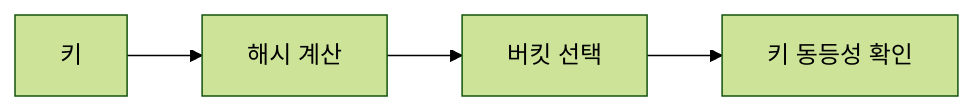
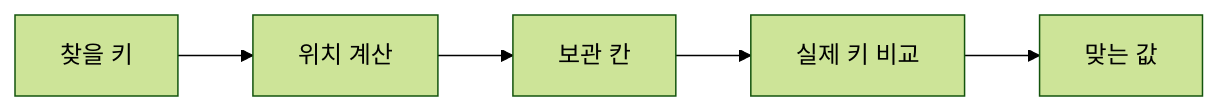
One commit to moocongpapa/it-study changed the diagram in content/topics/hash-tables.md. Above: the diagram before and after it, drawn with Mermaid (forest theme). The commit also changed other lines of this file and 71 other files, not shown here.

````diff
--- a/content/topics/hash-tables.md
+++ b/content/topics/hash-tables.md
@@ -6,4 +20,4 @@
 ```mermaid
 flowchart LR
-  K["키"] --> H["해시 계산"] --> B["버킷 선택"] --> E["키 동등성 확인"]
+ A["찾을 키"] --> B["위치 계산"] --> C["보관 칸"] --> D["실제 키 비교"] --> E["맞는 값"]
 ```
````
